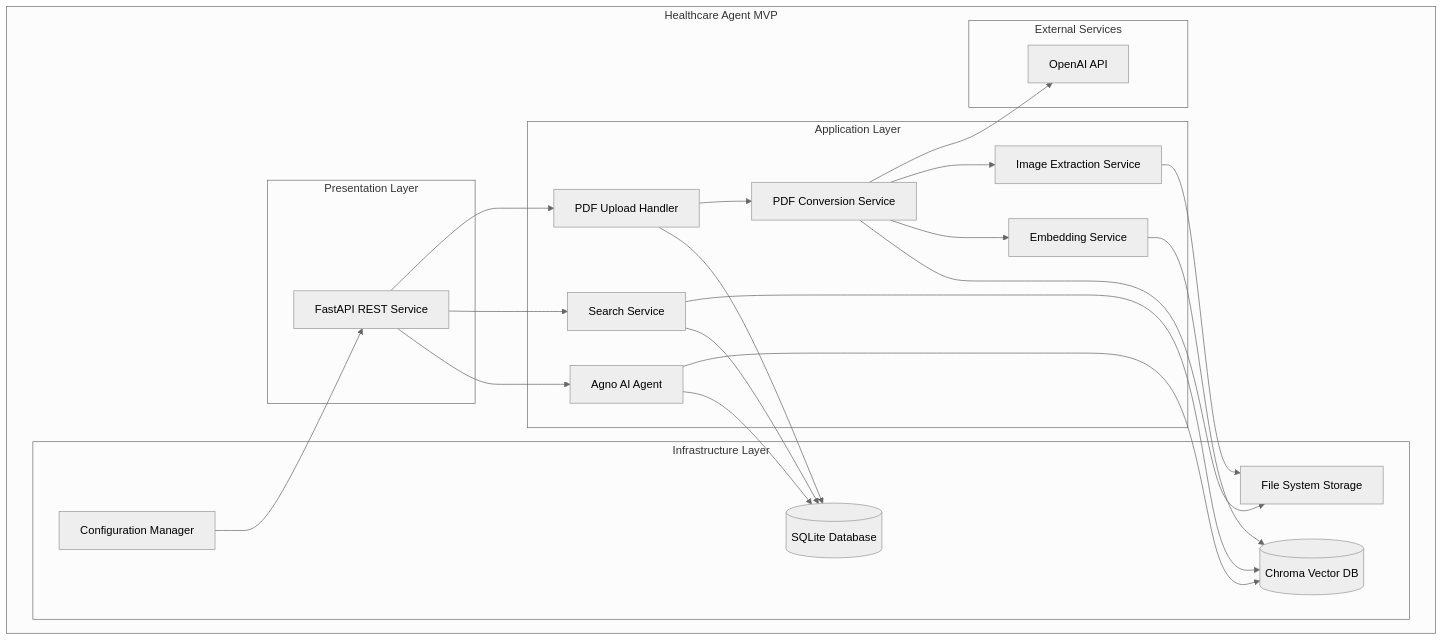
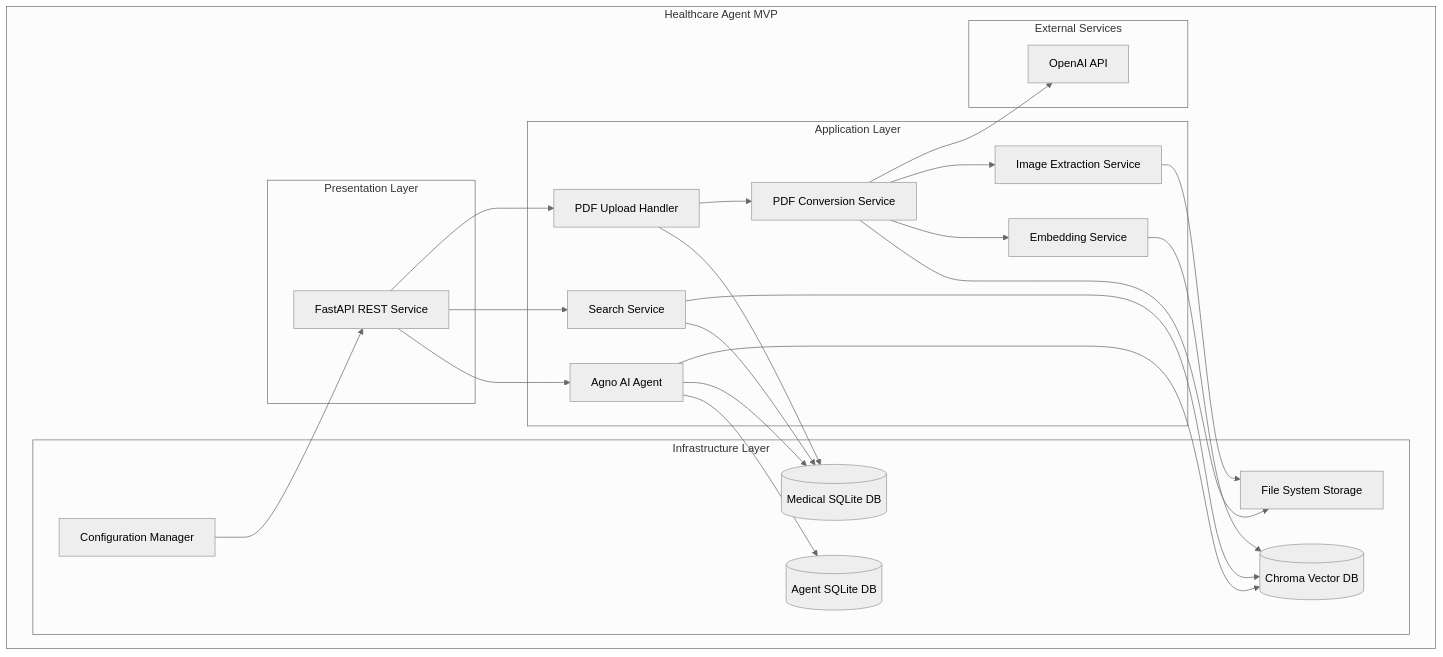
The first of 3 diagrams in docs/specs/healthcare-agent-mvp/design.md (kevinlin/agno-agent), drawn with Mermaid (neutral theme) before and after one commit. The commit also changed other lines of this file and 4 other files, not shown here.

````diff
--- a/docs/specs/healthcare-agent-mvp/design.md
+++ b/docs/specs/healthcare-agent-mvp/design.md
@@ -21,45 +21,47 @@
 ```mermaid
 graph TB
     subgraph "Healthcare Agent MVP"
         subgraph "Presentation Layer"
             API[FastAPI REST Service]
         end
         
         subgraph "Application Layer"
             UPL[PDF Upload Handler]
             CONV[PDF Conversion Service]
             IMG[Image Extraction Service]
             EMB[Embedding Service]
             SEARCH[Search Service]
             AGENT[Agno AI Agent]
         end
         
         subgraph "Infrastructure Layer"
             FS[File System Storage]
-            DB[(SQLite Database)]
+            DB[(Medical SQLite DB)]
+            AGENTDB[(Agent SQLite DB)]
             VDB[(Chroma Vector DB)]
             CONFIG[Configuration Manager]
         end
         
         subgraph "External Services"
             OPENAI[OpenAI API]
         end
     end
     
     API --> UPL
     API --> SEARCH
     API --> AGENT
     UPL --> CONV
     CONV --> OPENAI
     CONV --> IMG
     CONV --> EMB
     EMB --> VDB
     UPL --> DB
     IMG --> FS
     CONV --> FS
     SEARCH --> VDB
     SEARCH --> DB
     AGENT --> VDB
     AGENT --> DB
+    AGENT --> AGENTDB
     CONFIG --> API
 ```
````
